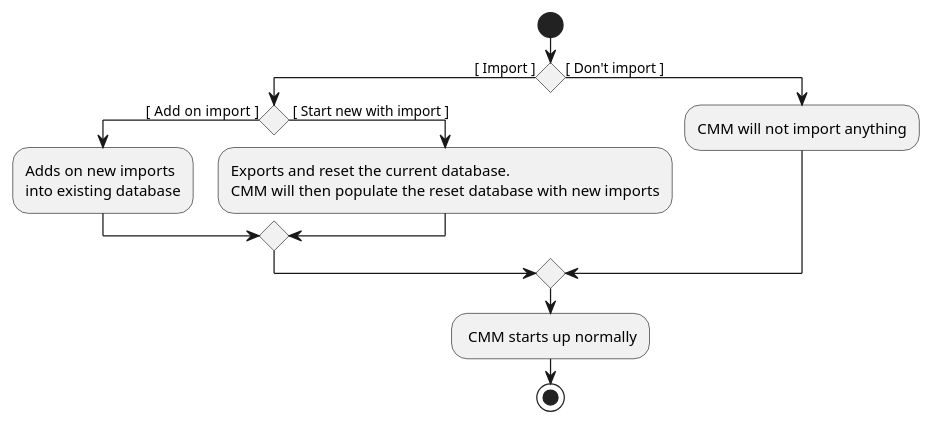
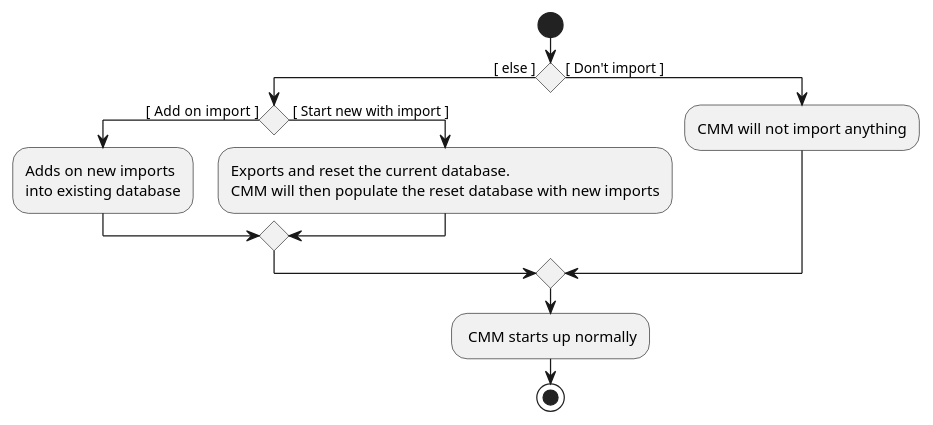
The diagram in docs/diagrams/ImportDecision.puml (pranav-ganesh/tp), drawn with PlantUML before and after one commit. The commit also changed 1 other file, not shown here.

Commit message:
fix import decision to else

```diff
--- a/docs/diagrams/ImportDecision.puml
+++ b/docs/diagrams/ImportDecision.puml
@@ -1,17 +1,17 @@
 @startuml
 'https://plantuml.com/activity-diagram-beta
 
 start
-if () then ([ Import ])
+if () then ([ else ])
   if () then ([ Add on import  ])
     :Adds on new imports \ninto existing database;
   else ( [ Start new with import ] )
       :Exports and reset the current database.\nCMM will then populate the reset database with new imports;
   endif
 else ([ Don't import ])
     :CMM will not import anything;
 endif
 - CMM starts up normally
 stop
 
 @enduml
```
